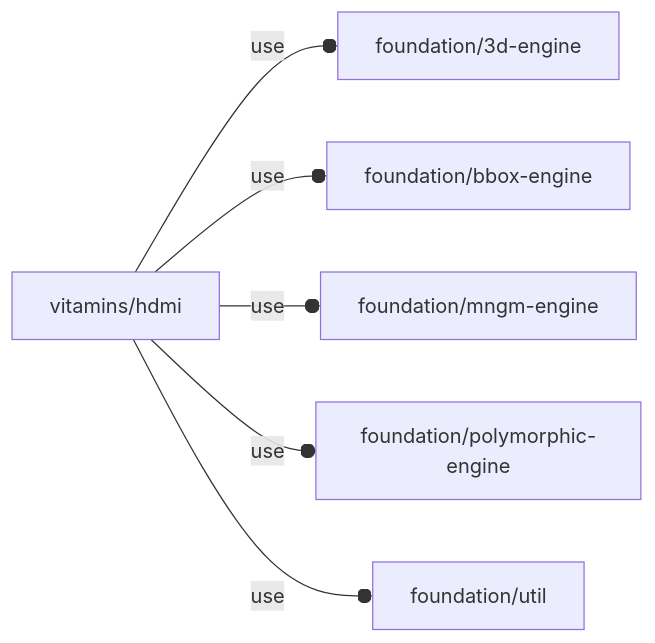
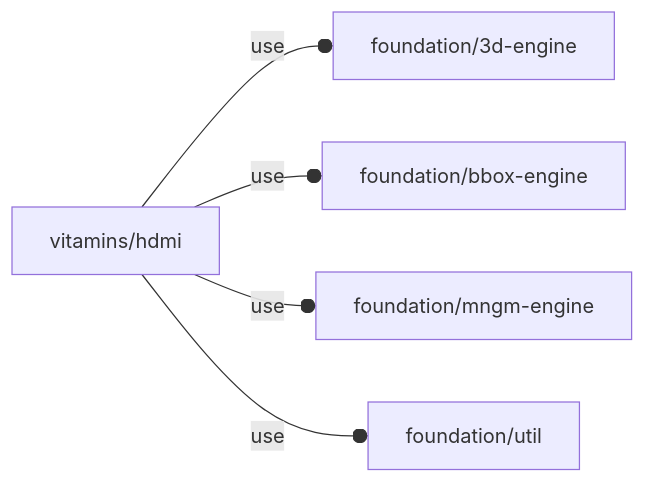
One commit to ggabbiani/OFL changed the diagram in orthodocs/vitamins/hdmi.md. Above: the diagram before and after it, drawn with Mermaid. The commit also changed 69 other files, not shown here.

````diff
--- a/orthodocs/vitamins/hdmi.md
+++ b/orthodocs/vitamins/hdmi.md
@@ -5,8 +5,7 @@
 ```mermaid
 graph LR
     A1[vitamins/hdmi] --o|use| A2[foundation/3d-engine]
     A1 --o|use| A3[foundation/bbox-engine]
     A1 --o|use| A4[foundation/mngm-engine]
-    A1 --o|use| A5[foundation/polymorphic-engine]
-    A1 --o|use| A6[foundation/util]
+    A1 --o|use| A5[foundation/util]
 ```
````
